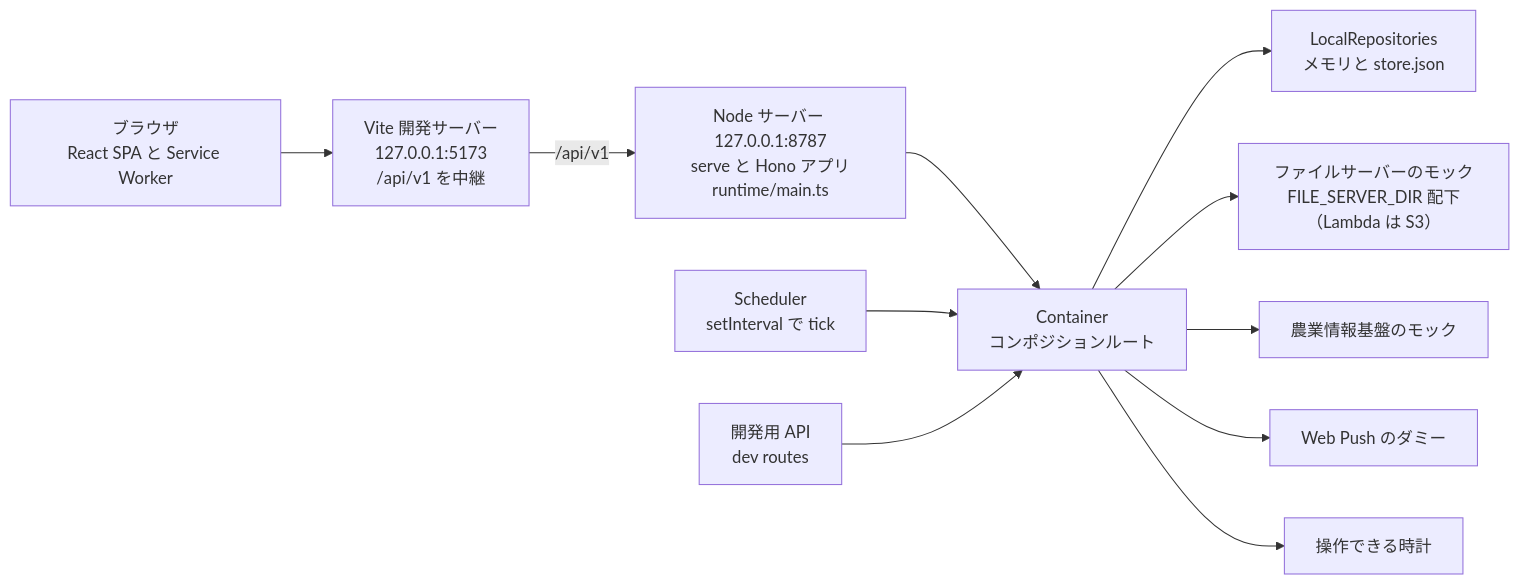
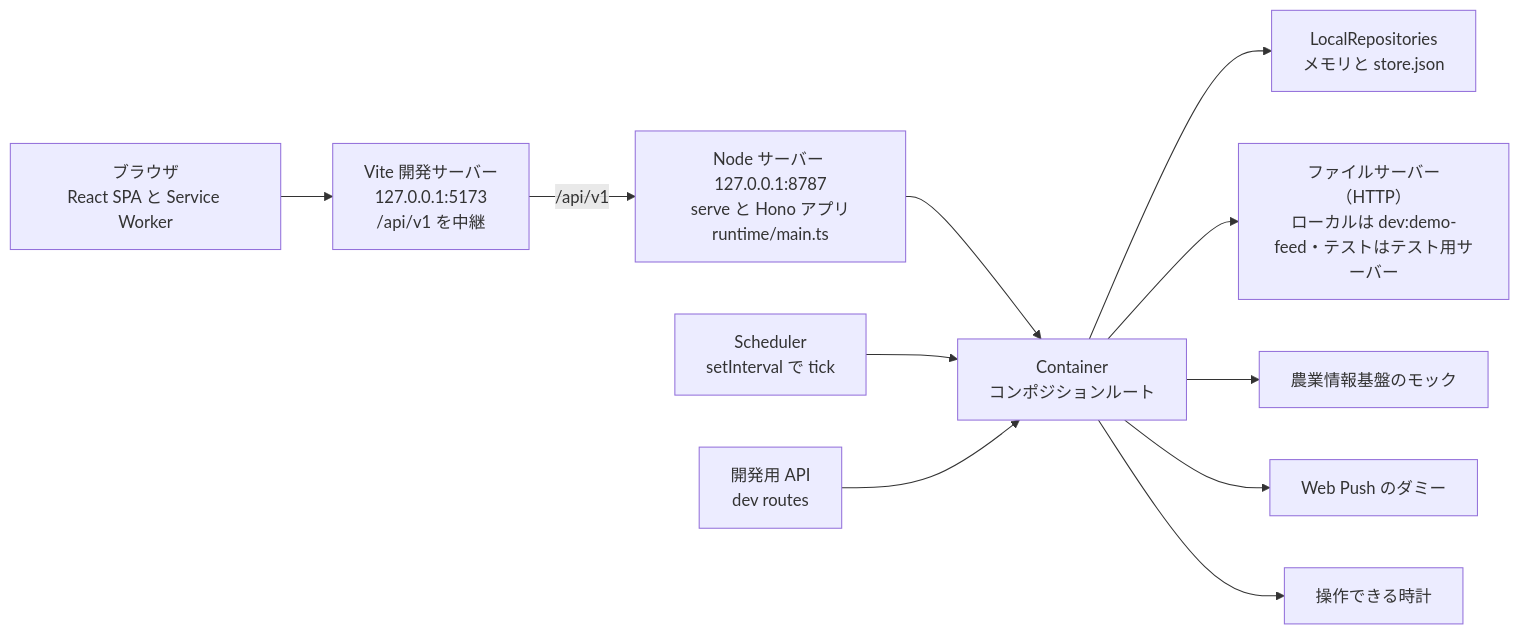
One commit to NS-APU/smart-farm-monitoring changed the ninth of 46 diagrams in docs/10_design/architecture/as-built.md. Above: the diagram before and after it, drawn with Mermaid. The commit also changed other lines of this file and 11 other files, not shown here.

````diff
--- a/docs/10_design/architecture/as-built.md
+++ b/docs/10_design/architecture/as-built.md
@@ -1021,25 +1021,25 @@
 ```mermaid
 flowchart LR
   BR["ブラウザ<br>React SPA と Service Worker"]
   VITE["Vite 開発サーバー<br>127.0.0.1:5173<br>/api/v1 を中継"]
   NODE["Node サーバー 127.0.0.1:8787<br>serve と Hono アプリ<br>runtime/main.ts"]
   CT["Container<br>コンポジションルート"]
   REPO["LocalRepositories<br>メモリと store.json"]
-  FS["ファイルサーバーのモック<br>FILE_SERVER_DIR 配下（Lambda は S3）"]
+  FS["ファイルサーバー（HTTP）<br>ローカルは dev:demo-feed・テストはテスト用サーバー"]
   FD["農業情報基盤のモック"]
   WP["Web Push のダミー"]
   CK["操作できる時計"]
   SCH["Scheduler<br>setInterval で tick"]
   DEV["開発用 API<br>dev routes"]
 
   BR --> VITE
   VITE -->|"/api/v1"| NODE
   NODE --> CT
   CT --> REPO
   CT --> FS
   CT --> FD
   CT --> WP
   CT --> CK
   SCH --> CT
   DEV --> CT
 ```
````
